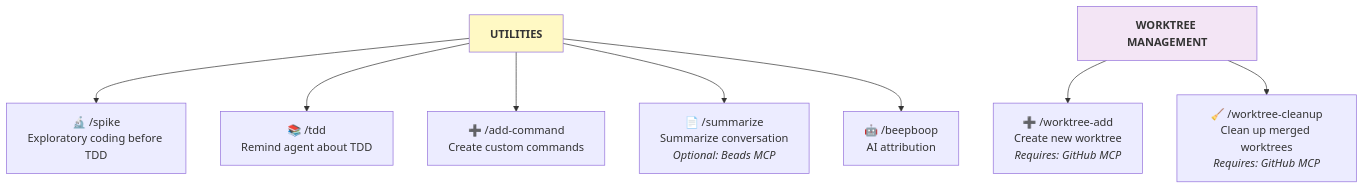
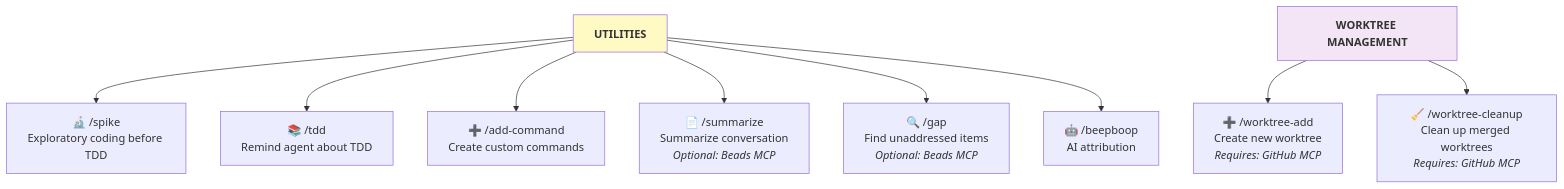
Before and after one commit to hevolx/agent-instructions: the second of 2 diagrams in README.md, drawn with Mermaid. The commit also changed other lines of this file and 49 other files, not shown here.

````diff
--- a/README.md
+++ b/README.md
@@ -85,16 +86,17 @@
 ```mermaid
 flowchart TB
     Utils[<b>UTILITIES</b>]
     Utils --> Spike[🔬 /spike<br/>Exploratory coding before TDD]
     Utils --> TDD[📚 /tdd<br/>Remind agent about TDD]
     Utils --> AddCommand[➕ /add-command<br/>Create custom commands]
     Utils --> Summarize[📄 /summarize<br/>Summarize conversation<br/><i>Optional: Beads MCP</i>]
+    Utils --> Gap[🔍 /gap<br/>Find unaddressed items<br/><i>Optional: Beads MCP</i>]
     Utils --> Beepboop[🤖 /beepboop<br/>AI attribution]
 
     Worktree[<b>WORKTREE MANAGEMENT</b>]
     Worktree --> WorktreeAdd[➕ /worktree-add<br/>Create new worktree<br/><i>Requires: GitHub MCP</i>]
     Worktree --> WorktreeCleanup[🧹 /worktree-cleanup<br/>Clean up merged worktrees<br/><i>Requires: GitHub MCP</i>]
 
     style Utils fill:#fff9c4
     style Worktree fill:#f3e5f5
 ```
````
